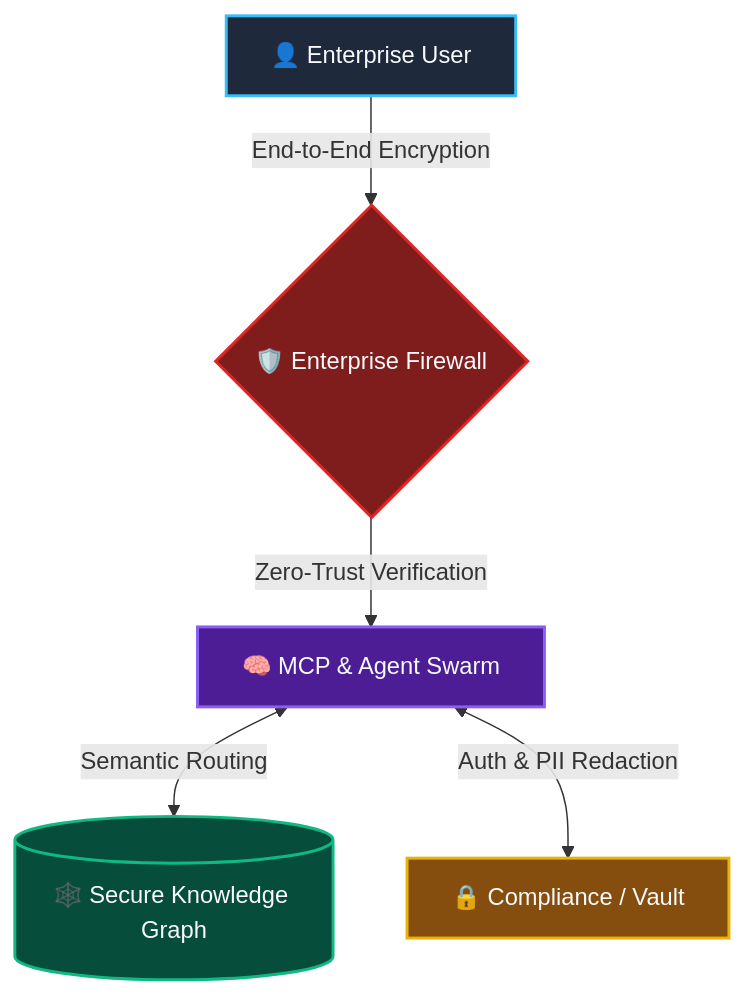
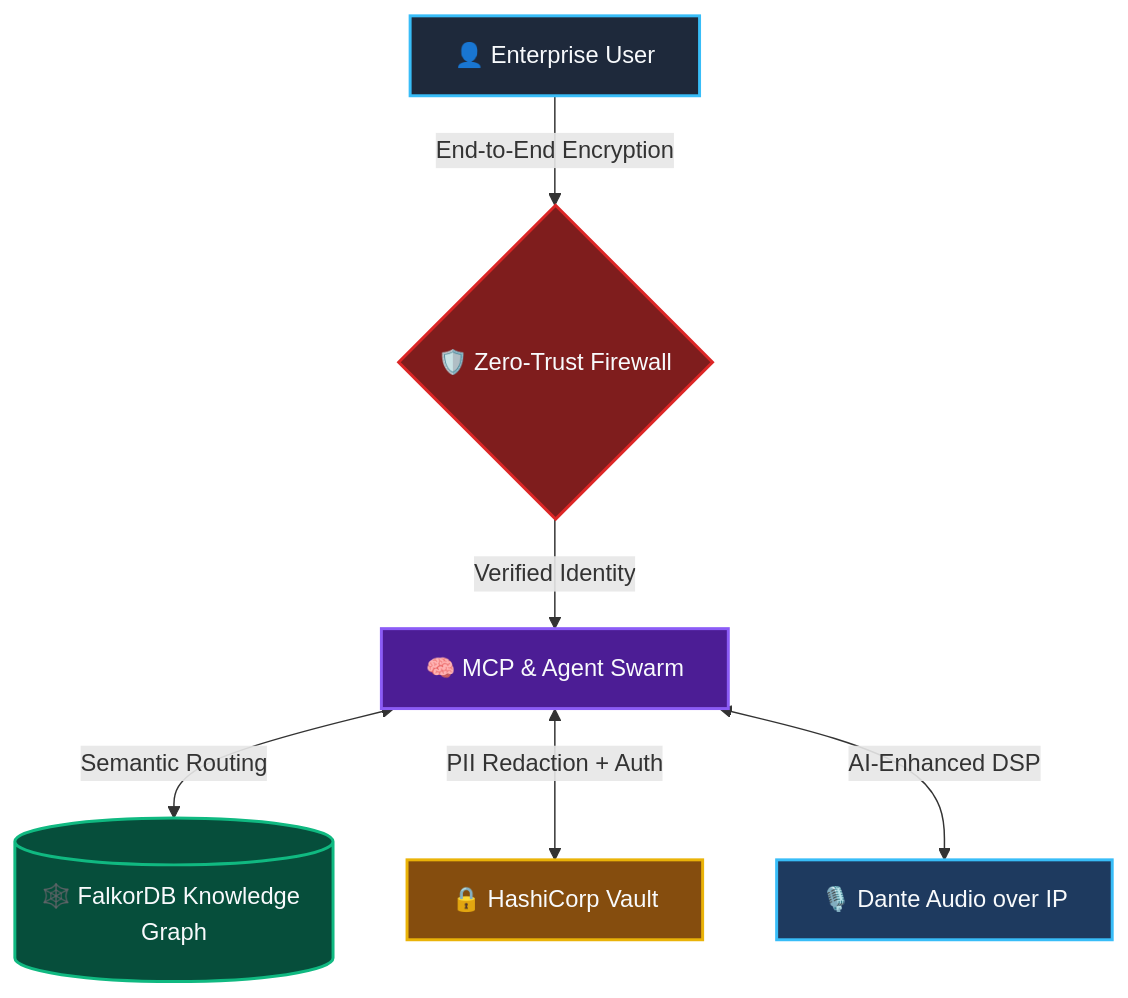
The diagram in README.md (WizardofTryout/WizardofTryout), drawn with Mermaid before and after one commit. The commit also changed other lines of this file, not shown here.

````diff
--- a/README.md
+++ b/README.md
@@ -18,13 +68,15 @@
 ```mermaid
 graph TD
     classDef user fill:#1E293B,stroke:#38BDF8,stroke-width:2px,color:#F8FAFC
     classDef firewall fill:#7F1D1D,stroke:#DC2626,stroke-width:2px,color:#F8FAFC
     classDef swarm fill:#4C1D95,stroke:#8B5CF6,stroke-width:2px,color:#F8FAFC
     classDef storage fill:#064E3B,stroke:#10B981,stroke-width:2px,color:#F8FAFC
     classDef vault fill:#854D0E,stroke:#EAB308,stroke-width:2px,color:#F8FAFC
-    
-    U[👤 Enterprise User]:::user -->|End-to-End Encryption| FW{🛡️ Enterprise Firewall}:::firewall
-    FW -->|Zero-Trust Verification| MCP[🧠 MCP & Agent Swarm]:::swarm
-    MCP <-->|Semantic Routing| SKG[(🕸️ Secure Knowledge Graph)]:::storage
-    MCP <-->|Auth & PII Redaction| V[🔒 Compliance / Vault]:::vault
+    classDef audio fill:#1E3A5F,stroke:#38BDF8,stroke-width:2px,color:#F8FAFC
+
+    U[👤 Enterprise User]:::user -->|End-to-End Encryption| FW{🛡️ Zero-Trust Firewall}:::firewall
+    FW -->|Verified Identity| MCP[🧠 MCP & Agent Swarm]:::swarm
+    MCP <-->|Semantic Routing| SKG[(🕸️ FalkorDB Knowledge Graph)]:::storage
+    MCP <-->|PII Redaction + Auth| V[🔒 HashiCorp Vault]:::vault
+    MCP <-->|AI-Enhanced DSP| AUD[🎙️ Dante Audio over IP]:::audio
 ```
````
